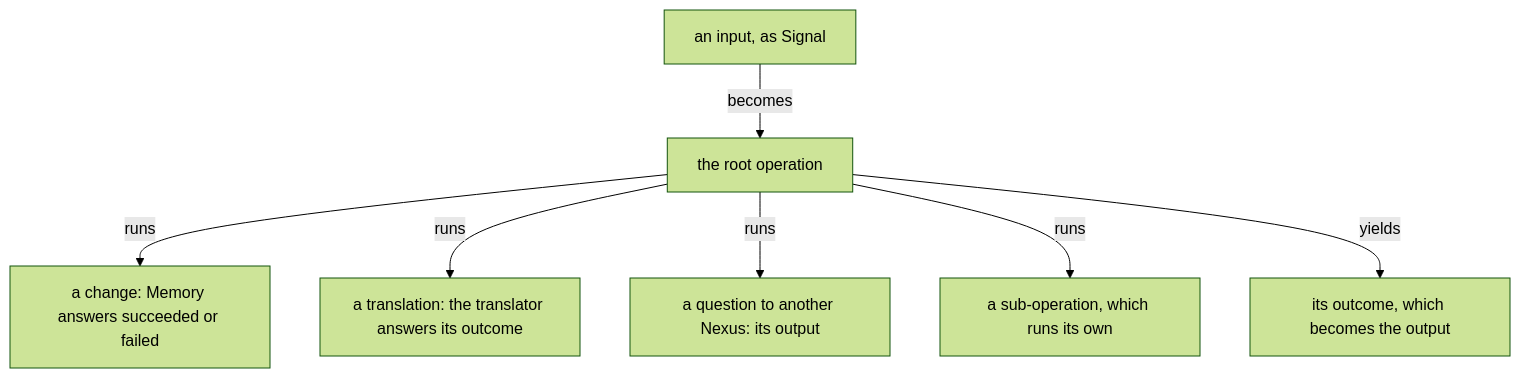
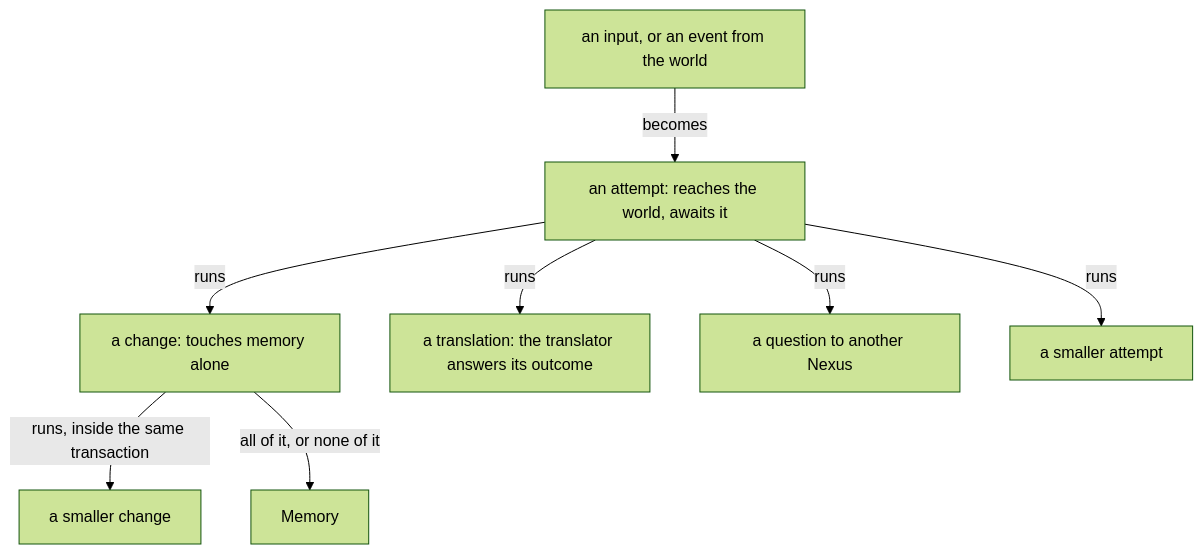
Before and after one commit to LiGoldragon/mind-belief: the first of 3 diagrams in notion/concept-operation/0.md, drawn with Mermaid (forest theme). The commit also changed other lines of this file, not shown here.

First line of the commit message:
notion concept-operation 0: pass 2, changes and attempts, fingerprinted store, upgrade as first change, Signal trace (Fable ngvx)

````diff
--- a/notion/concept-operation/0.md
+++ b/notion/concept-operation/0.md
@@ -14,9 +12,10 @@
 ```mermaid
 flowchart TB
-    i["an input, as Signal"] -- "becomes" --> r["the root operation"]
-    r -- "runs" --> c["a change: Memory answers succeeded or failed"]
-    r -- "runs" --> t["a translation: the translator answers its outcome"]
-    r -- "runs" --> q["a question to another Nexus: its output"]
-    r -- "runs" --> s["a sub-operation, which runs its own"]
-    r -- "yields" --> o["its outcome, which becomes the output"]
+    i["an input, or an event from the world"] -- "becomes" --> a["an attempt: reaches the world, awaits it"]
+    a -- "runs" --> c["a change: touches memory alone"]
+    a -- "runs" --> t["a translation: the translator answers its outcome"]
+    a -- "runs" --> q["a question to another Nexus"]
+    a -- "runs" --> s["a smaller attempt"]
+    c -- "runs, inside the same transaction" --> c2["a smaller change"]
+    c -- "all of it, or none of it" --> m["Memory"]
 ```
````
